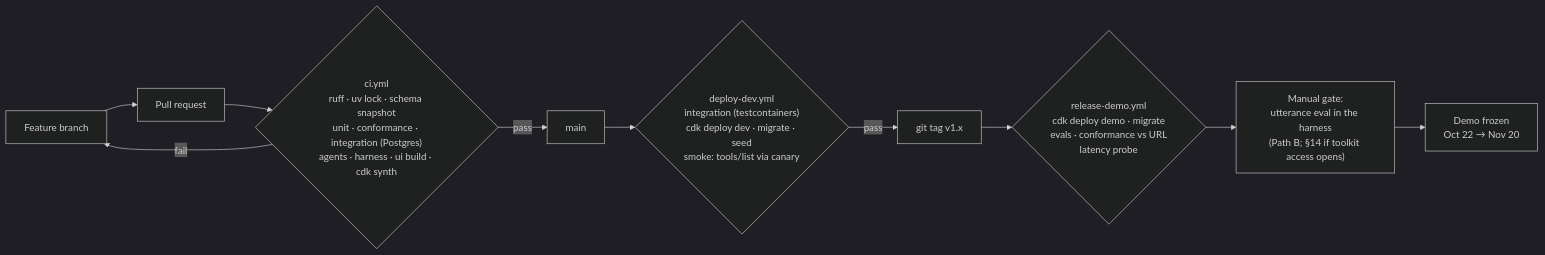
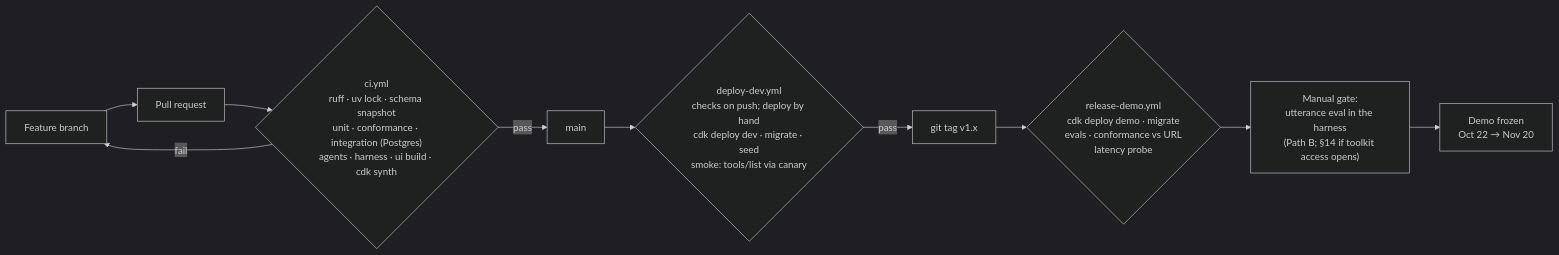
One commit to BugHunterX2101/watchfloor changed diagram 17 of 20 in docs/TECHNICAL.md. Above: the diagram before and after it, drawn with Mermaid (dark theme). The commit also changed other lines of this file and 3 other files, not shown here.

First line of the commit message:
CI: deploy-dev runs checks on push; the AWS deploy only on a manual run

````diff
--- a/docs/TECHNICAL.md
+++ b/docs/TECHNICAL.md
@@ -634,12 +634,12 @@
 ```mermaid
 flowchart LR
   DEV["Feature branch"] --> PR["Pull request"]
   PR --> CI{"ci.yml<br/>ruff · uv lock · schema snapshot<br/>unit · conformance · integration (Postgres)<br/>agents · harness · ui build · cdk synth"}
   CI -- fail --> DEV
   CI -- pass --> MAIN["main"]
-  MAIN --> DD{"deploy-dev.yml<br/>integration (testcontainers)<br/>cdk deploy dev · migrate · seed<br/>smoke: tools/list via canary"}
+  MAIN --> DD{"deploy-dev.yml<br/>checks on push; deploy by hand<br/>cdk deploy dev · migrate · seed<br/>smoke: tools/list via canary"}
   DD -- pass --> TAG["git tag v1.x"]
   TAG --> RD{"release-demo.yml<br/>cdk deploy demo · migrate<br/>evals · conformance vs URL<br/>latency probe"}
   RD --> MAN["Manual gate:<br/>utterance eval in the harness<br/>(Path B; §14 if toolkit access opens)"]
   MAN --> FREEZE["Demo frozen<br/>Oct 22 → Nov 20"]
 ```
````
